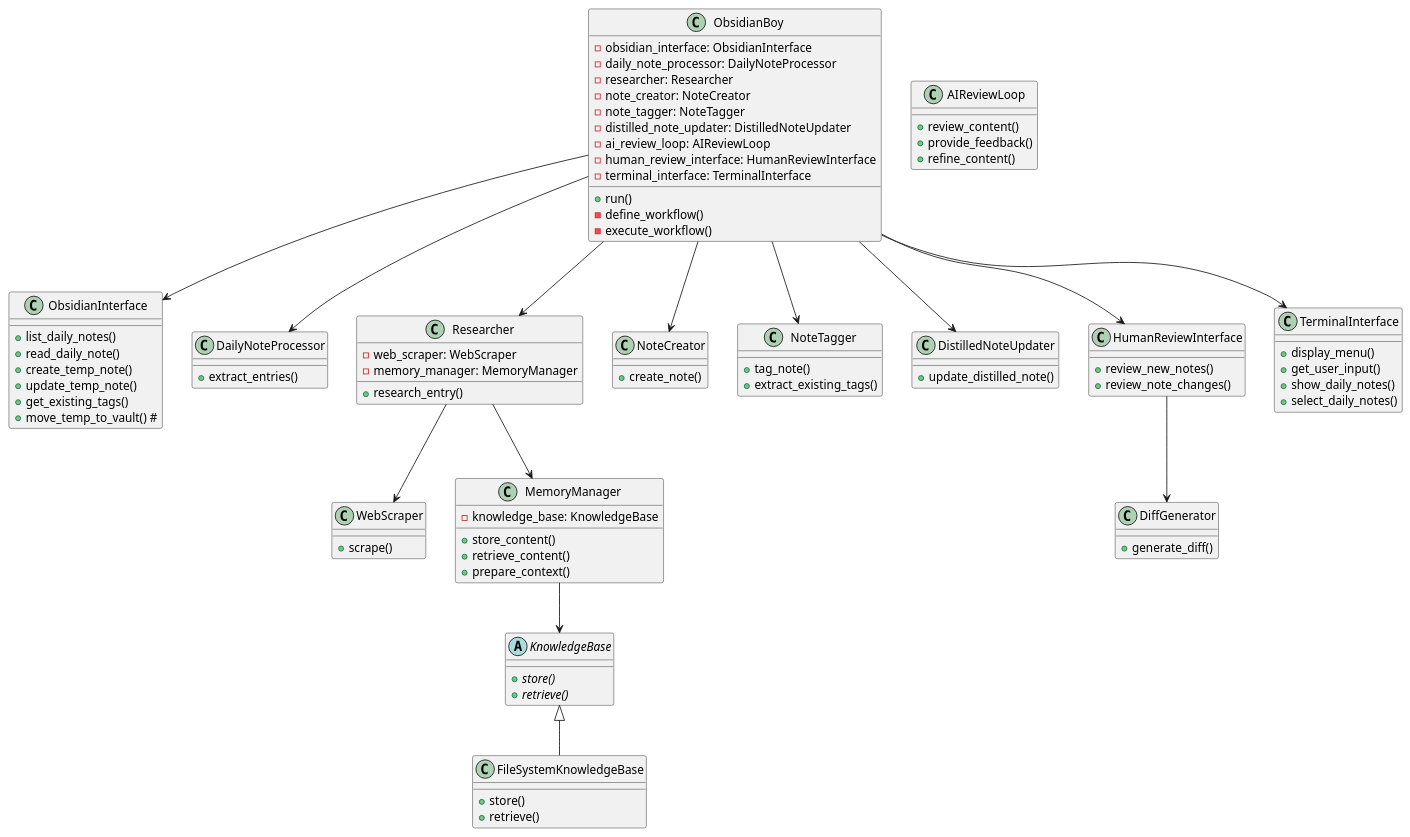
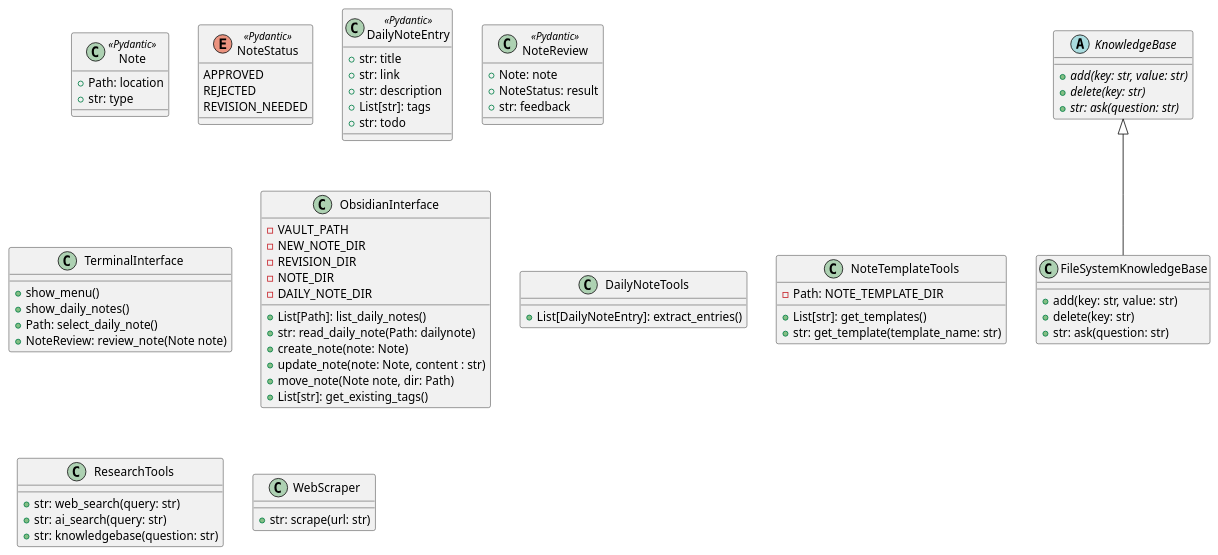
The second of 2 diagrams in docs/project.md (olafgeibig/obsidian-boy), drawn with PlantUML before and after one commit. The commit also changed other lines of this file and 3 other files, not shown here.

Commit message:
Refactor architectural diagrams and project documentation for ObsidianBoy to enhance clarity and detail.

````diff
--- a/docs/project.md
+++ b/docs/project.md
@@ -29,93 +52,72 @@
 ```plantuml
 @startuml
-class ObsidianBoy {
-  -obsidian_interface: ObsidianInterface
-  -daily_note_processor: DailyNoteProcessor
-  -researcher: Researcher
-  -note_creator: NoteCreator
-  -note_tagger: NoteTagger
-  -distilled_note_updater: DistilledNoteUpdater
-  -ai_review_loop: AIReviewLoop
-  -human_review_interface: HumanReviewInterface
-  -terminal_interface: TerminalInterface
-  +run()
-  -define_workflow()
-  -execute_workflow()
+
+class Note <<Pydantic>> {
+  +Path: location
+  +str: type
+}
+enum NoteStatus <<Pydantic>> {
+  APPROVED
+  REJECTED
+  REVISION_NEEDED
+}
+class DailyNoteEntry <<Pydantic>> {
+  +str: title
+  +str: link
+  +str: description
+  +List[str]: tags
+  +str: todo
+}
+class NoteReview <<Pydantic>> {
+  +Note: note
+  +NoteStatus: result
+  +str: feedback
+}
+class TerminalInterface {
+  +show_menu()
+  +show_daily_notes()
+  +Path: select_daily_note()
+  +NoteReview: review_note(Note note)
 }
 class ObsidianInterface {
-  +list_daily_notes()
-  +read_daily_note()
-  +create_temp_note()
-  +update_temp_note()
-  +get_existing_tags()
-  +move_temp_to_vault() #
+  - VAULT_PATH
+  - NEW_NOTE_DIR
+  - REVISION_DIR
+  - NOTE_DIR
+  - DAILY_NOTE_DIR
+  +List[Path]: list_daily_notes()
+  +str: read_daily_note(Path: dailynote)
+  +create_note(note: Note)
+  +update_note(note: Note, content : str)
+  +move_note(Note note, dir: Path)
+  +List[str]: get_existing_tags()
 }
-class DailyNoteProcessor {
-  +extract_entries()
+class DailyNoteTools {
+  +List[DailyNoteEntry]: extract_entries()
 }
-class Researcher {
-  -web_scraper: WebScraper
-  -memory_manager: MemoryManager
-  +research_entry()
+class NoteTemplateTools {
+  - Path: NOTE_TEMPLATE_DIR
+  +List[str]: get_templates()
+  +str: get_template(template_name: str)
+}
+class ResearchTools {
+  +str: web_search(query: str)
+  +str: ai_search(query: str)
+  +str: knowledgebase(question: str)
 }
 class WebScraper {
-  +scrape()
+  +str: scrape(url: str)
 }
 abstract class KnowledgeBase {
-  {abstract} +store()
-  {abstract} +retrieve()
+  {abstract} +add(key: str, value: str)
+  {abstract} +delete(key: str)
+  {abstract} +str: ask(question: str)
 }
 class FileSystemKnowledgeBase {
-  +store()
-  +retrieve()
+  +add(key: str, value: str)
+  +delete(key: str)
+  +str: ask(question: str)
 }
-class MemoryManager {
-  -knowledge_base: KnowledgeBase
-  +store_content()
-  +retrieve_content()
-  +prepare_context()
-}
-class NoteCreator {
-  +create_note()
-}
-class NoteTagger {
-  +tag_note()
-  +extract_existing_tags()
-}
-class DistilledNoteUpdater {
-  +update_distilled_note()
-}
-class AIReviewLoop {
-  +review_content()
-  +provide_feedback()
-  +refine_content()
-}
-class HumanReviewInterface {
-  +review_new_notes()
-  +review_note_changes()
-}
-class DiffGenerator {
-  +generate_diff()
-}
-class TerminalInterface {
-  +display_menu()
-  +get_user_input()
-  +show_daily_notes()
-  +select_daily_notes()
-}
-
-ObsidianBoy --> ObsidianInterface
-ObsidianBoy --> DailyNoteProcessor
-ObsidianBoy --> Researcher
-ObsidianBoy --> NoteCreator
-ObsidianBoy --> NoteTagger
-ObsidianBoy --> DistilledNoteUpdater
-ObsidianBoy --> HumanReviewInterface
-ObsidianBoy --> TerminalInterface
-Researcher --> WebScraper
-Researcher --> MemoryManager
-MemoryManager --> KnowledgeBase
 KnowledgeBase <|-- FileSystemKnowledgeBase
-HumanReviewInterface --> DiffGenerator
 @enduml
 ```
````
